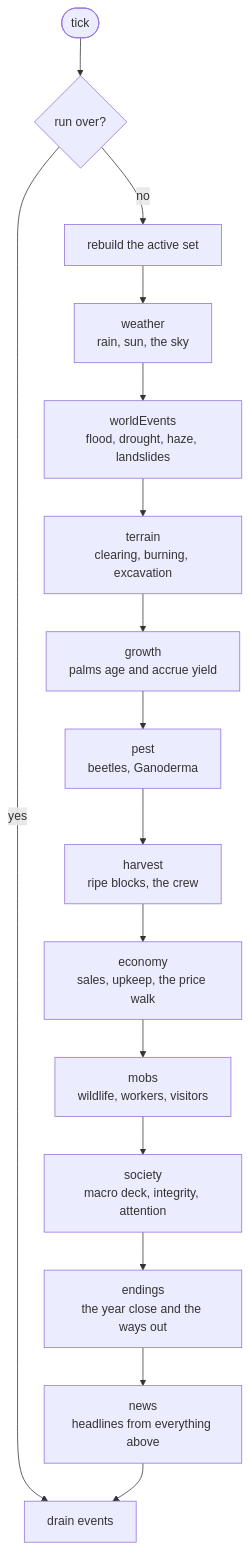
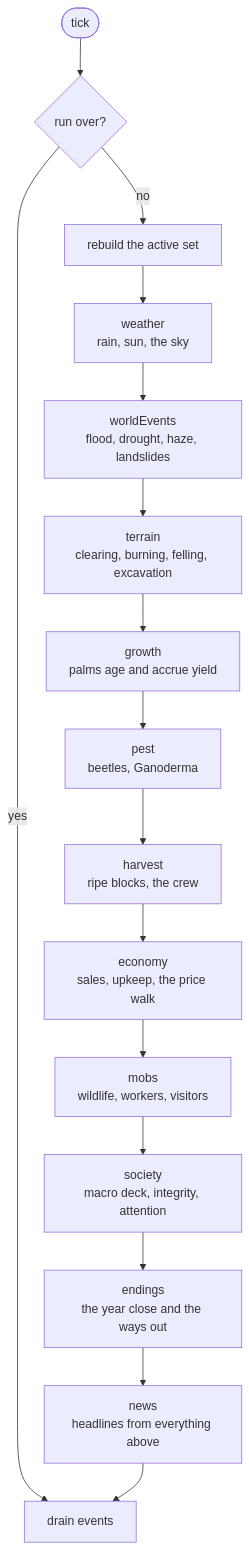
Before and after one commit to luissebastian953/accursed-forest: the first of 2 diagrams in docs/simulation.md, drawn with Mermaid. The commit also changed 6 other files, not shown here.

````diff
--- a/docs/simulation.md
+++ b/docs/simulation.md
@@ -11,18 +11,18 @@
 ```mermaid
 flowchart TD
   start([tick]) --> over{run over?}
   over -- yes --> drain[drain events]
   over -- no --> active[rebuild the active set]
   active --> weather[weather<br/>rain, sun, the sky]
   weather --> world[worldEvents<br/>flood, drought, haze, landslides]
-  world --> terrain[terrain<br/>clearing, burning, excavation]
+  world --> terrain[terrain<br/>clearing, burning, felling, excavation]
   terrain --> growth[growth<br/>palms age and accrue yield]
   growth --> pest[pest<br/>beetles, Ganoderma]
   pest --> harvest[harvest<br/>ripe blocks, the crew]
   harvest --> economy[economy<br/>sales, upkeep, the price walk]
   economy --> mobs[mobs<br/>wildlife, workers, visitors]
   mobs --> society[society<br/>macro deck, integrity, attention]
   society --> endings[endings<br/>the year close and the ways out]
   endings --> news[news<br/>headlines from everything above]
   news --> drain
 ```
````
